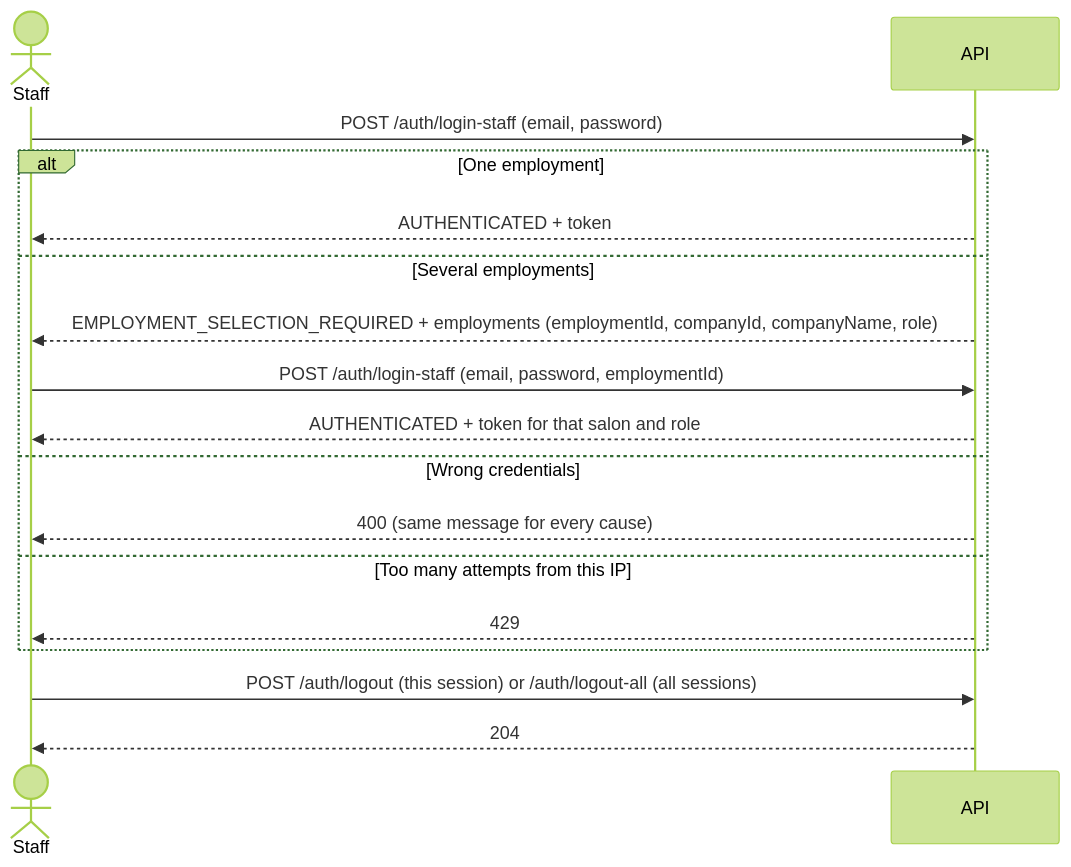
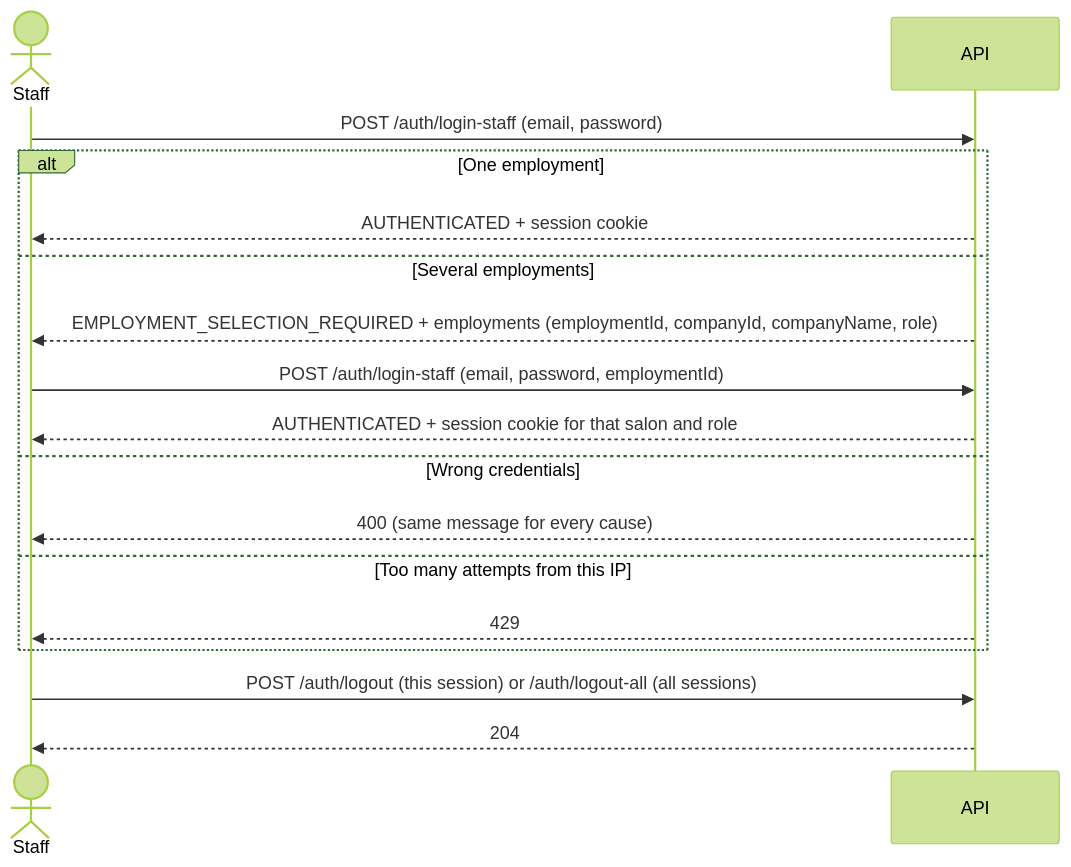
One commit to s24407-pj/scheduler changed the fourth of 8 diagrams in docs/flows.md. Above: the diagram before and after it, drawn with Mermaid (forest theme). The commit also changed other lines of this file and 78 other files, not shown here.

````diff
--- a/docs/flows.md
+++ b/docs/flows.md
@@ -110,19 +110,19 @@
 ```mermaid
 sequenceDiagram
     actor S as Staff
     participant API
     S->>API: POST /auth/login-staff (email, password)
     alt One employment
-        API-->>S: AUTHENTICATED + token
+        API-->>S: AUTHENTICATED + session cookie
     else Several employments
         API-->>S: EMPLOYMENT_SELECTION_REQUIRED + employments (employmentId, companyId, companyName, role)
         S->>API: POST /auth/login-staff (email, password, employmentId)
-        API-->>S: AUTHENTICATED + token for that salon and role
+        API-->>S: AUTHENTICATED + session cookie for that salon and role
     else Wrong credentials
         API-->>S: 400 (same message for every cause)
     else Too many attempts from this IP
         API-->>S: 429
     end
     S->>API: POST /auth/logout (this session) or /auth/logout-all (all sessions)
     API-->>S: 204
 ```
````
